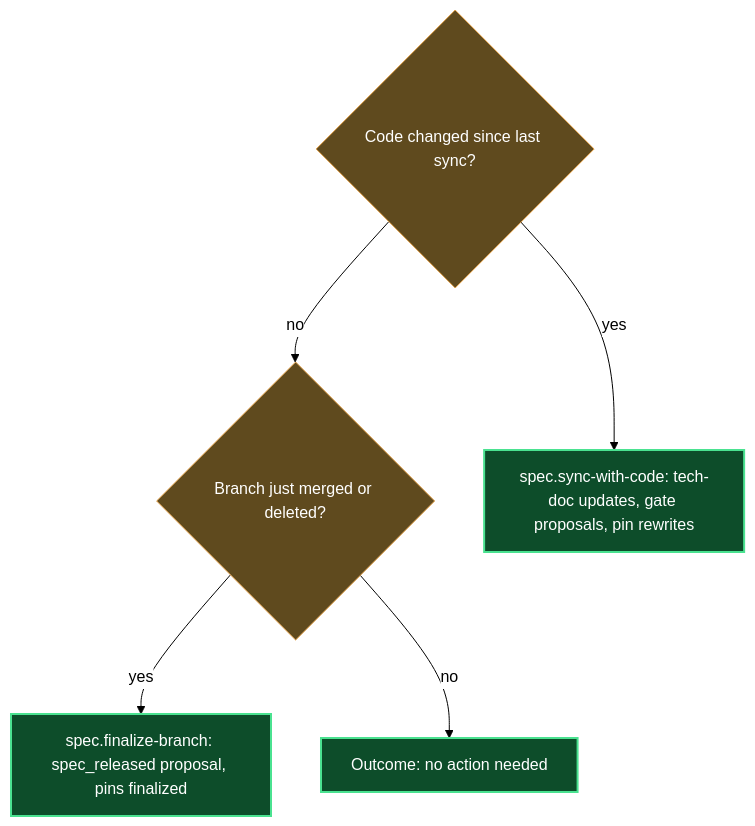
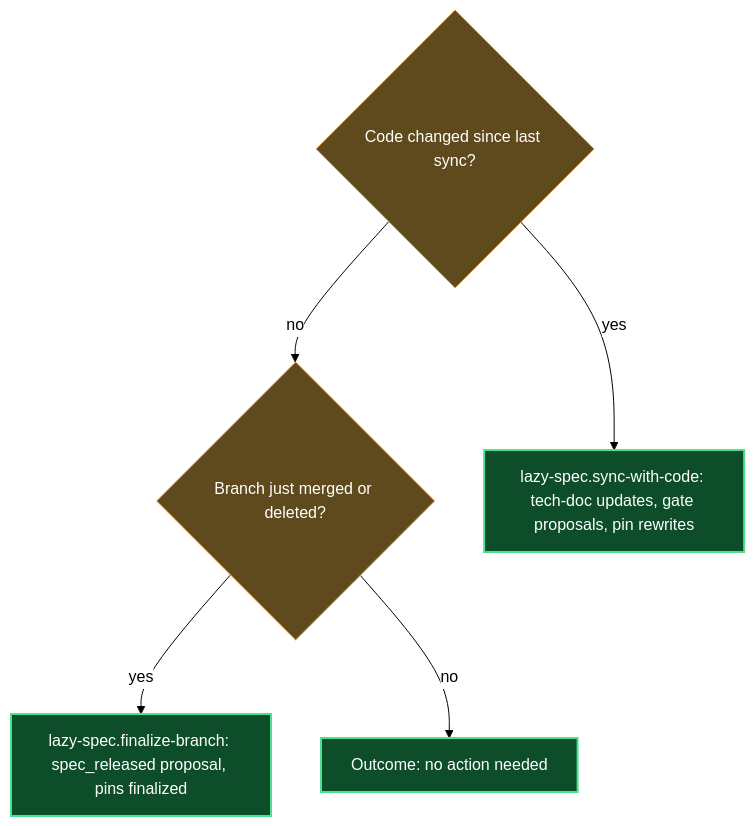
Before and after one commit to mebius-san/lazy-cortex: the diagram in claude/lazycortex-specs/help/code-sync.md, drawn with Mermaid. The commit also changed other lines of this file and 511 other files, not shown here.

First line of the commit message:
release: core 7.0.0, specs 6.0.0, review 6.1.0, obsidian 3.0.0, wiki 2.0.0, python 4.0.0, experts 1.0.0, diagram 1.1.7, observe 0.8.3

````diff
--- a/claude/lazycortex-specs/help/code-sync.md
+++ b/claude/lazycortex-specs/help/code-sync.md
@@ -48,24 +56,24 @@
 ```mermaid
 %%{init: {'themeVariables':{'lineColor':'#000','textColor':'#000','edgeLabelBackground':'#fff'},'themeCSS':'.edgeLabel{background-color:transparent!important}.edgeLabel p{background-color:transparent!important}','flowchart':{'diagramPadding':5,'useMaxWidth':true}}}%%
 flowchart TD
   codeChangedSinceLastSync{Code changed since last sync?}
   branchMergedOrDeleted{Branch just merged or deleted?}
 
-  runSyncWithCode[spec.sync-with-code: tech-doc updates, gate proposals, pin rewrites]
-  runFinalizeBranch[spec.finalize-branch: spec_released proposal, pins finalized]
+  runSyncWithCode[lazy-spec.sync-with-code: tech-doc updates, gate proposals, pin rewrites]
+  runFinalizeBranch[lazy-spec.finalize-branch: spec_released proposal, pins finalized]
   noActionNeeded[Outcome: no action needed]
 
   codeChangedSinceLastSync -->|yes| runSyncWithCode
   codeChangedSinceLastSync -->|no| branchMergedOrDeleted
   branchMergedOrDeleted -->|yes| runFinalizeBranch
   branchMergedOrDeleted -->|no| noActionNeeded
 
   classDef guard fill:#5f4a1e,stroke:#e2a14a,color:#fff
   classDef success fill:#0d4d2a,stroke:#4ae290,color:#fff,stroke-width:2px
 
   class codeChangedSinceLastSync guard
   class branchMergedOrDeleted guard
   class runSyncWithCode success
   class runFinalizeBranch success
   class noActionNeeded success
 ```
````
